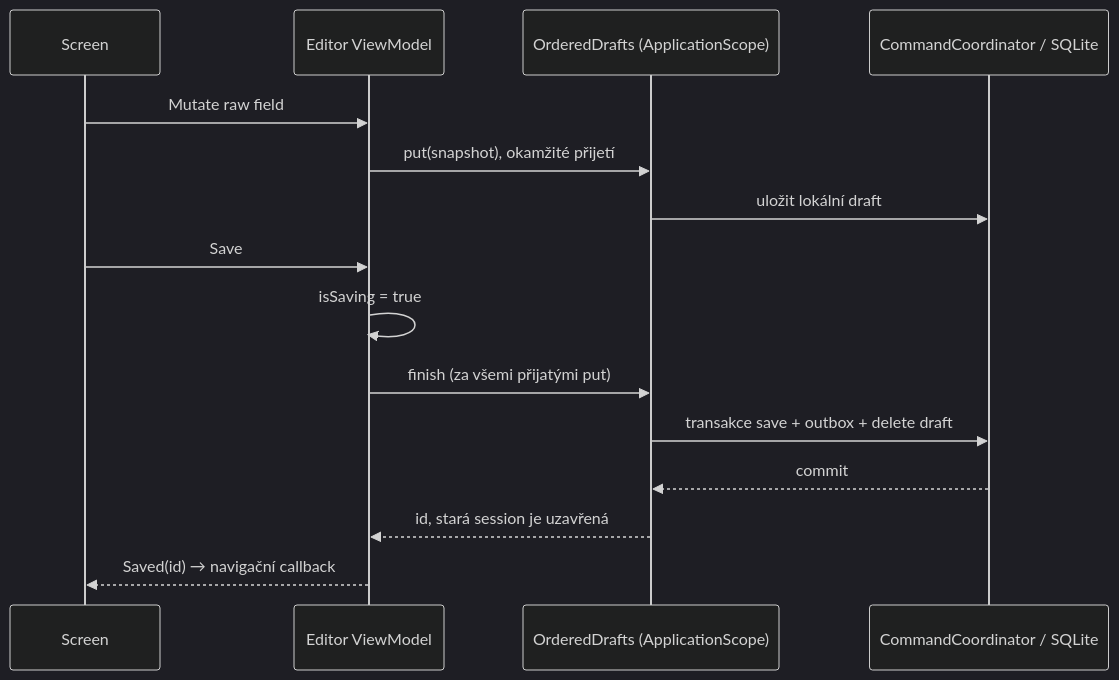
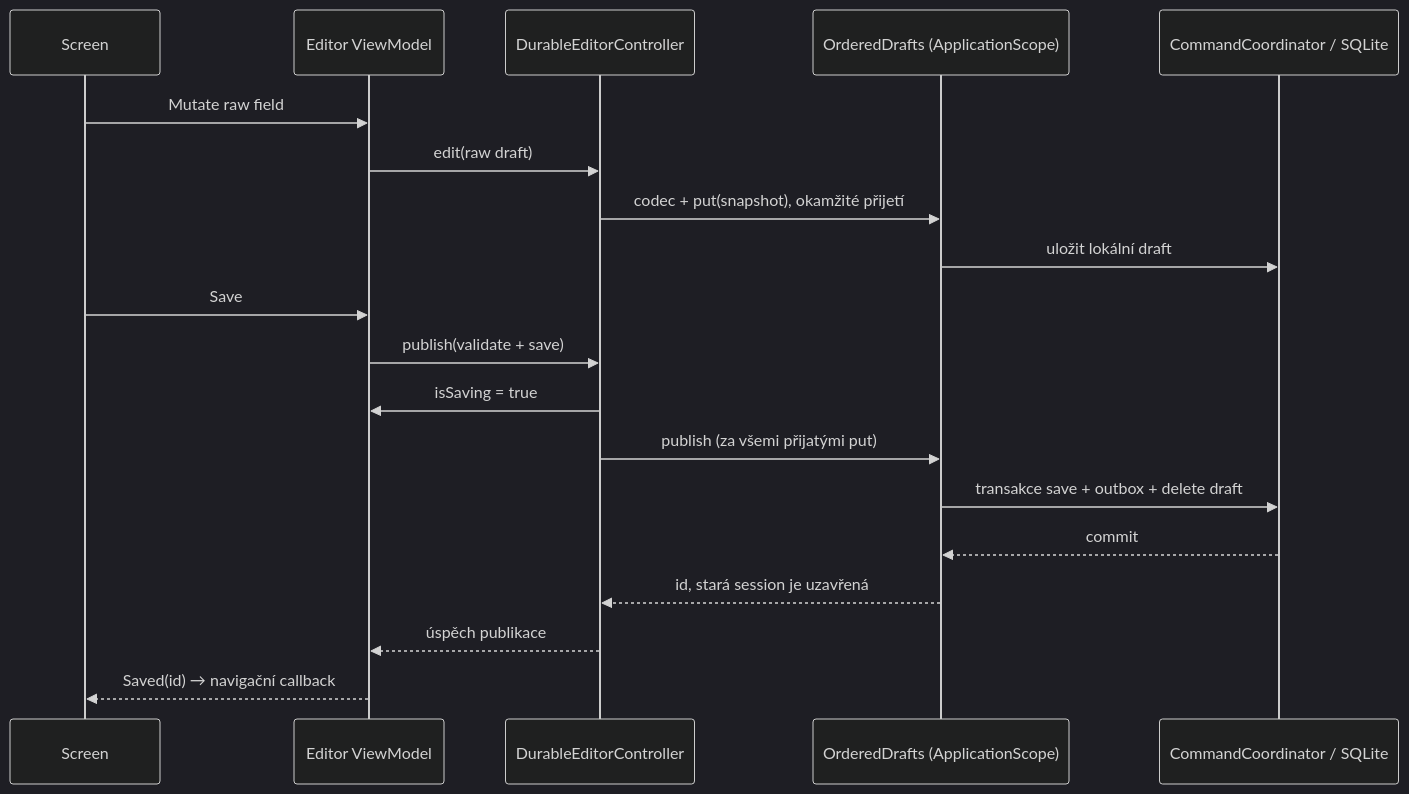
The third of 3 diagrams in docs/mvi.md (Yhdista/ContentApp), drawn with Mermaid (dark theme) before and after one commit. The commit also changed other lines of this file and 17 other files, not shown here.

Commit message:
docs: describe hardened atomic architecture and MVI contracts

````diff
--- a/docs/mvi.md
+++ b/docs/mvi.md
@@ -270,17 +270,21 @@
 ```mermaid
 sequenceDiagram
     participant UI as Screen
     participant VM as Editor ViewModel
+    participant C as DurableEditorController
     participant Q as OrderedDrafts (ApplicationScope)
     participant DB as CommandCoordinator / SQLite
     UI->>VM: Mutate raw field
-    VM->>Q: put(snapshot), okamžité přijetí
+    VM->>C: edit(raw draft)
+    C->>Q: codec + put(snapshot), okamžité přijetí
     Q->>DB: uložit lokální draft
     UI->>VM: Save
-    VM->>VM: isSaving = true
-    VM->>Q: finish (za všemi přijatými put)
+    VM->>C: publish(validate + save)
+    C->>VM: isSaving = true
+    C->>Q: publish (za všemi přijatými put)
     Q->>DB: transakce save + outbox + delete draft
     DB-->>Q: commit
-    Q-->>VM: id, stará session je uzavřená
+    Q-->>C: id, stará session je uzavřená
+    C-->>VM: úspěch publikace
     VM-->>UI: Saved(id) → navigační callback
 ```
````
